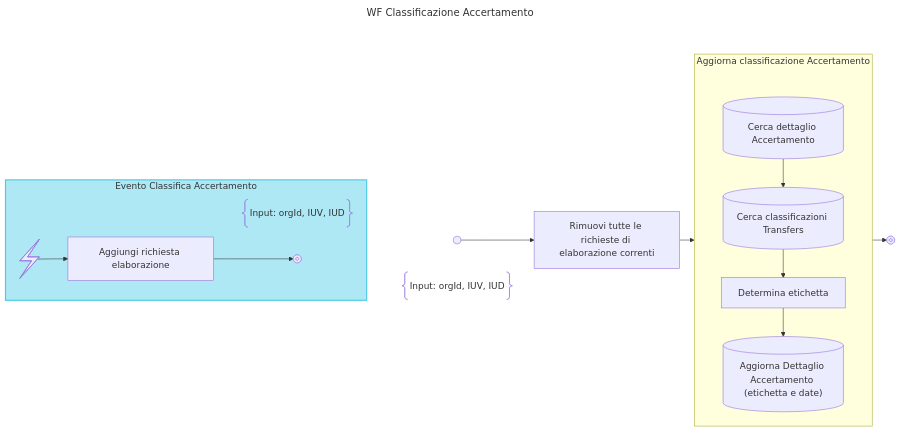
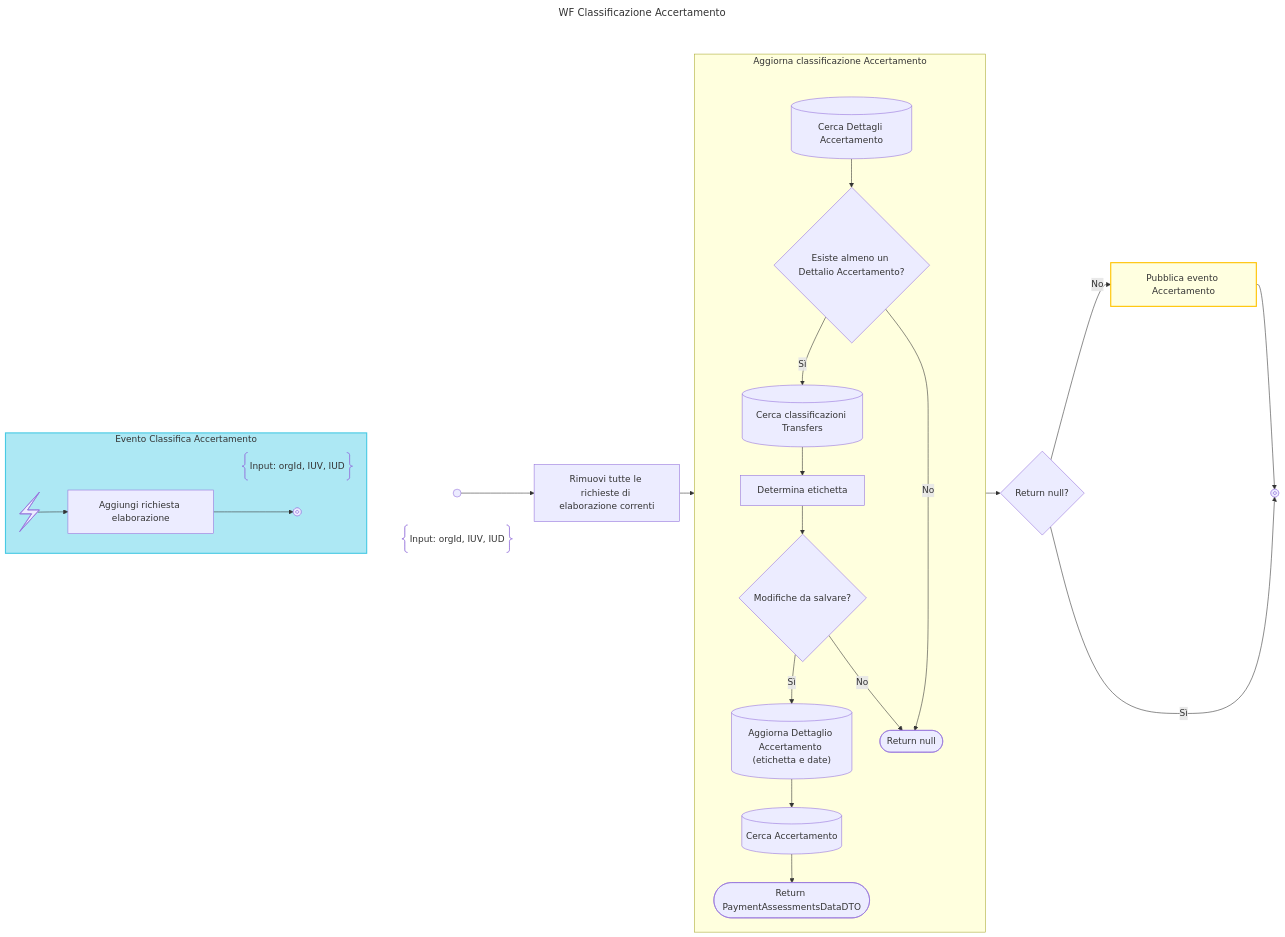
The diagram in design/workflow/classificazioneAccertamenti/wf.mmd (pagopa/p4pa-doc), drawn with Mermaid before and after one commit. The commit also changed 1 other file, not shown here.

Commit message:
fix: AssessmentClassification should publish event

```diff
--- a/design/workflow/classificazioneAccertamenti/wf.mmd
+++ b/design/workflow/classificazioneAccertamenti/wf.mmd
@@ -1,52 +1,68 @@
 ---
 config:
   flowchart:
     rankSpacing: 1
   look: classic
   theme: default
 title: WF Classificazione Accertamento
 ---
 flowchart TD
     subgraph WF_BLOCK
         subgraph NOTE_START_BLOCK
             DESCRIPTION@{ shape: braces, label: "Input: orgId, IUV, IUD" }
             START@{shape: start}
         end
         class NOTE_START_BLOCK hidden
 
         START -->
         REMOVE_ELAB_REQUESTS["Rimuovi tutte le richieste di elaborazione correnti"] -->
         CLASSIFY
 
         subgraph CLASSIFY["Aggiorna classificazione Accertamento"]
         direction TB
-            DUMMY:::hidden --> FIND_ASSESSMENT
+            DUMMY:::hidden --> FIND_ASSESSMENT_DETAILS
             linkStyle 2 display:none
 
-            FIND_ASSESSMENT@{shape: database, label: "Cerca dettaglio Accertamento"} -->
-            FIND_CLASSIFICATION@{shape: database, label: "Cerca classificazioni Transfers"} -->
+            FIND_ASSESSMENT_DETAILS@{shape: database, label: "Cerca Dettagli Accertamento"} -->
+            EXIST_ASSESSMENT_DETAILS{"Esiste almeno un Dettalio Accertamento?"} -->
+            |Sì|FIND_CLASSIFICATION@{shape: database, label: "Cerca classificazioni Transfers"} -->
             CALC_CLASSIFY["Determina etichetta"] -->
-            UPDATE_ASSESSMENT@{shape: database, label: "Aggiorna Dettaglio Accertamento (etichetta e date)"}
+            IS_CHANGED{"Modifiche da salvare?"} -->
+            |Sì|UPDATE_ASSESSMENT_DETAIL@{shape: database, label: "Aggiorna Dettaglio Accertamento (etichetta e date)"} -->
+            FIND_ASSESSMENT@{shape: database, label: "Cerca Accertamento"} -->
+            RETURN_ASSESSMENT@{shape: terminal, label: "Return PaymentAssessmentsDataDTO"}
+
+            EXIST_ASSESSMENT_DETAILS -->
+            |No|RETURN_NULL@{shape: terminal, label: "Return null"}
+
+            IS_CHANGED -->
+            |No|RETURN_NULL
         end
-       CLASSIFY --> END@{shape: stop}
+       CLASSIFY -->
+       ACTIVITY_RETURN_NULL{"Return null?"} -->
+       |No|PUBLISH_ASSESSMENT_EVENT:::activity@{label: "Pubblica evento Accertamento"} -->
+       END@{shape: stop}
+
+       ACTIVITY_RETURN_NULL -->
+       |Sì|END
     end
     class WF_BLOCK hidden
 
     subgraph SIGNALS_BLOCK
     direction LR
         subgraph SIGNAL_IUV_BLOCK["Evento Classifica Accertamento"]
         direction LR
             DESCRIPTION_SIGNAL_IUV@{ shape: braces, label: "Input: orgId, IUV, IUD" }
             SIGNAL_IUV@{ shape: bolt } -->
             ADD_SIGNAL_IUV["Aggiungi richiesta elaborazione"] -->
             SIGNAL_IUV_END@{ shape: "stop" }
         end
         class SIGNAL_IUV_BLOCK signal_block
     end
     class SIGNALS_BLOCK hidden
 
     classDef note_block display:none;
     classDef hidden display:none;
     classDef activity fill:#FFFFE0, stroke:#ffc300, stroke-width:2px;
     classDef loop fill:#CCFFCC, stroke:#7FBF7F, stroke-width:2px, padding-bottom: 5px;
     classDef signal_block fill:#ade8f4, stroke:#48cae4, stroke-width:2px
```
